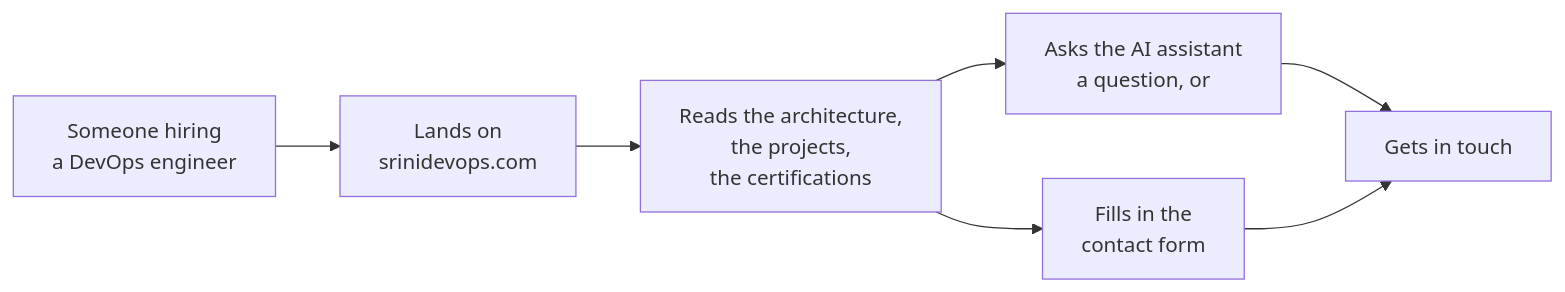
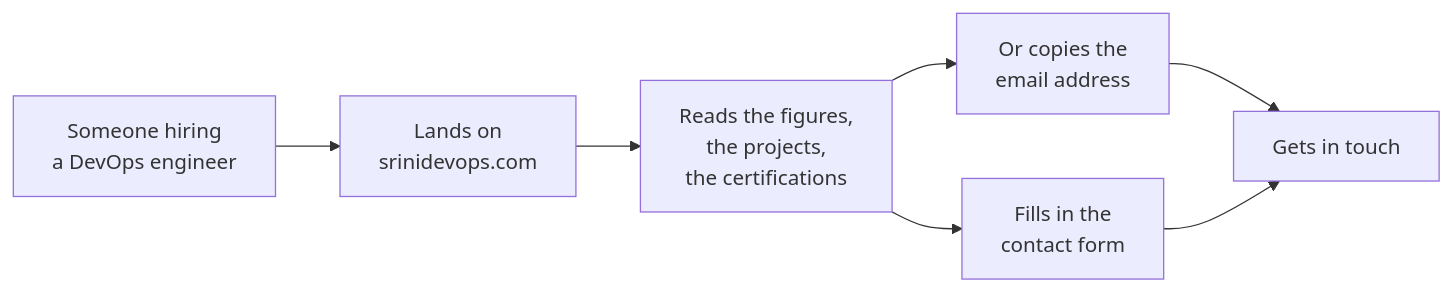
The first of 11 diagrams in README.md (Srinivasan-78/srinivasan-78.github.io), drawn with Mermaid before and after one commit. The commit also changed other lines of this file and 9 other files, not shown here.

````diff
--- a/README.md
+++ b/README.md
@@ -44,9 +41,9 @@
 ```mermaid
 flowchart LR
     A["Someone hiring<br/>a DevOps engineer"] --> B["Lands on<br/>srinidevops.com"]
-    B --> C["Reads the architecture,<br/>the projects,<br/>the certifications"]
-    C --> D["Asks the AI assistant<br/>a question, or"]
+    B --> C["Reads the figures,<br/>the projects,<br/>the certifications"]
     C --> E["Fills in the<br/>contact form"]
+    C --> D["Or copies the<br/>email address"]
     D --> F["Gets in touch"]
     E --> F
 ```
````
